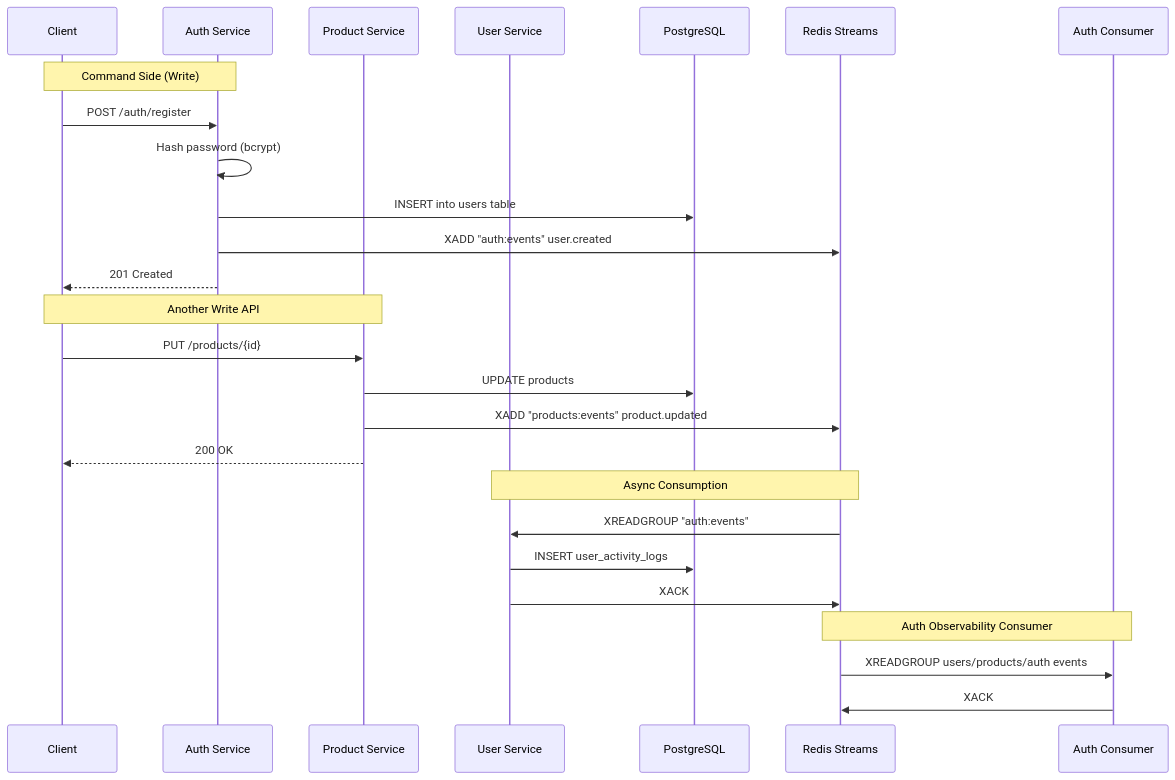
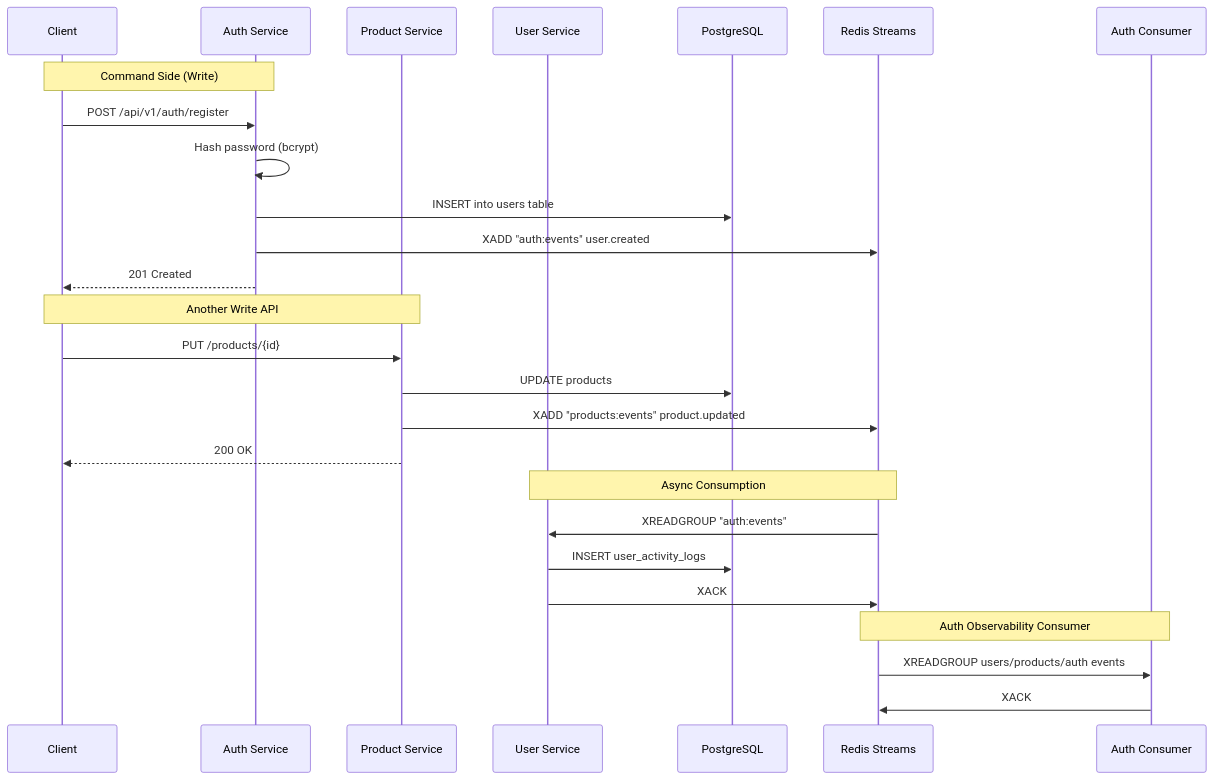
Before and after one commit to aldoignatachandra/Go-Microservices-Redis-Boilerplate: the second of 2 diagrams in README.md, drawn with Mermaid. The commit also changed other lines of this file and 25 other files, not shown here.

````diff
--- a/README.md
+++ b/README.md
@@ -101,32 +101,32 @@
 ```mermaid
 sequenceDiagram
   participant C as Client
   participant A as Auth Service
   participant P as Product Service
   participant US as User Service
   participant D as PostgreSQL
   participant R as Redis Streams
   participant AU as Auth Consumer
 
   Note over C,A: Command Side (Write)
-  C->>A: POST /auth/register
+  C->>A: POST /api/v1/auth/register
   A->>A: Hash password (bcrypt)
   A->>D: INSERT into users table
   A->>R: XADD "auth:events" user.created
   A-->>C: 201 Created
 
   Note over C,P: Another Write API
   C->>P: PUT /products/{id}
   P->>D: UPDATE products
   P->>R: XADD "products:events" product.updated
   P-->>C: 200 OK
 
   Note over R,US: Async Consumption
   R->>US: XREADGROUP "auth:events"
   US->>D: INSERT user_activity_logs
   US->>R: XACK
 
   Note over R,AU: Auth Observability Consumer
   R->>AU: XREADGROUP users/products/auth events
   AU->>R: XACK
 ```
````
